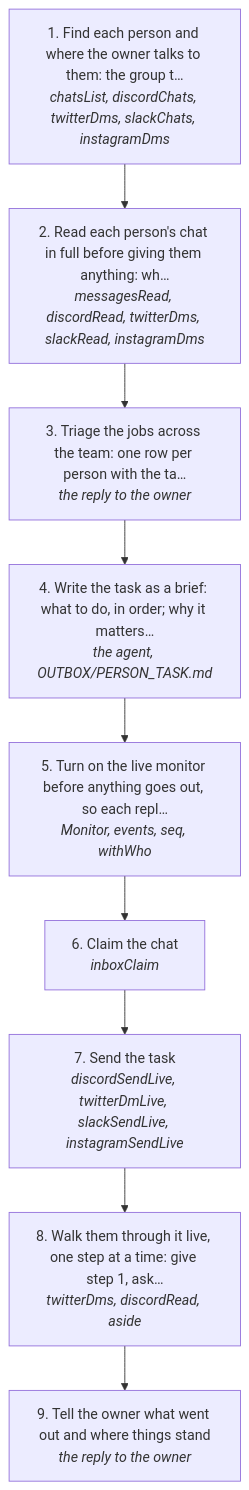
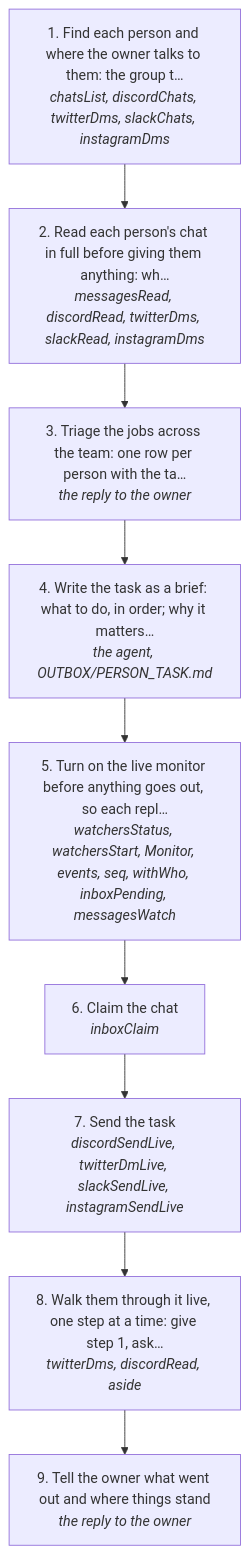
The diagram in docs/useCases/inbox/bossMaxxing.md (matthewdonsemail-lab/log), drawn with Mermaid before and after one commit. The commit also changed other lines of this file and 55 other files, not shown here.

````diff
--- a/docs/useCases/inbox/bossMaxxing.md
+++ b/docs/useCases/inbox/bossMaxxing.md
@@ -14,20 +14,20 @@
 ```mermaid
 flowchart TD
   s0["1. Find each person and where the owner talks to them: the group t…<br/><i>chatsList, discordChats, twitterDms, slackChats, instagramDms</i>"]
   s1["2. Read each person's chat in full before giving them anything: wh…<br/><i>messagesRead, discordRead, twitterDms, slackRead, instagramDms</i>"]
   s2["3. Triage the jobs across the team: one row per person with the ta…<br/><i>the reply to the owner</i>"]
   s3["4. Write the task as a brief: what to do, in order; why it matters…<br/><i>the agent, OUTBOX/PERSON_TASK.md</i>"]
-  s4["5. Turn on the live monitor before anything goes out, so each repl…<br/><i>Monitor, events, seq, withWho</i>"]
+  s4["5. Turn on the live monitor before anything goes out, so each repl…<br/><i>watchersStatus, watchersStart, Monitor, events, seq, withWho, inboxPending, messagesWatch</i>"]
   s5["6. Claim the chat<br/><i>inboxClaim</i>"]
   s6["7. Send the task<br/><i>discordSendLive, twitterDmLive, slackSendLive, instagramSendLive</i>"]
   s7["8. Walk them through it live, one step at a time: give step 1, ask…<br/><i>twitterDms, discordRead, aside</i>"]
   s8["9. Tell the owner what went out and where things stand<br/><i>the reply to the owner</i>"]
   s0 --> s1
   s1 --> s2
   s2 --> s3
   s3 --> s4
   s4 --> s5
   s5 --> s6
   s6 --> s7
   s7 --> s8
 ```
````
